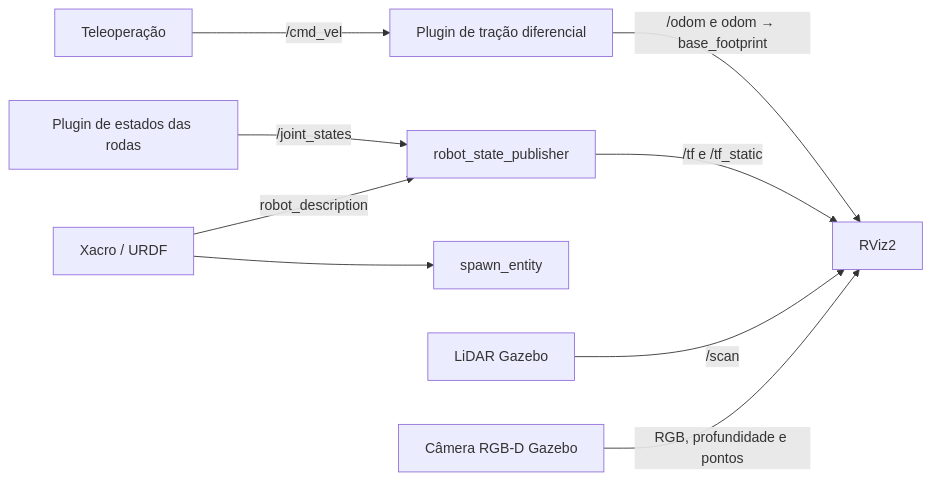
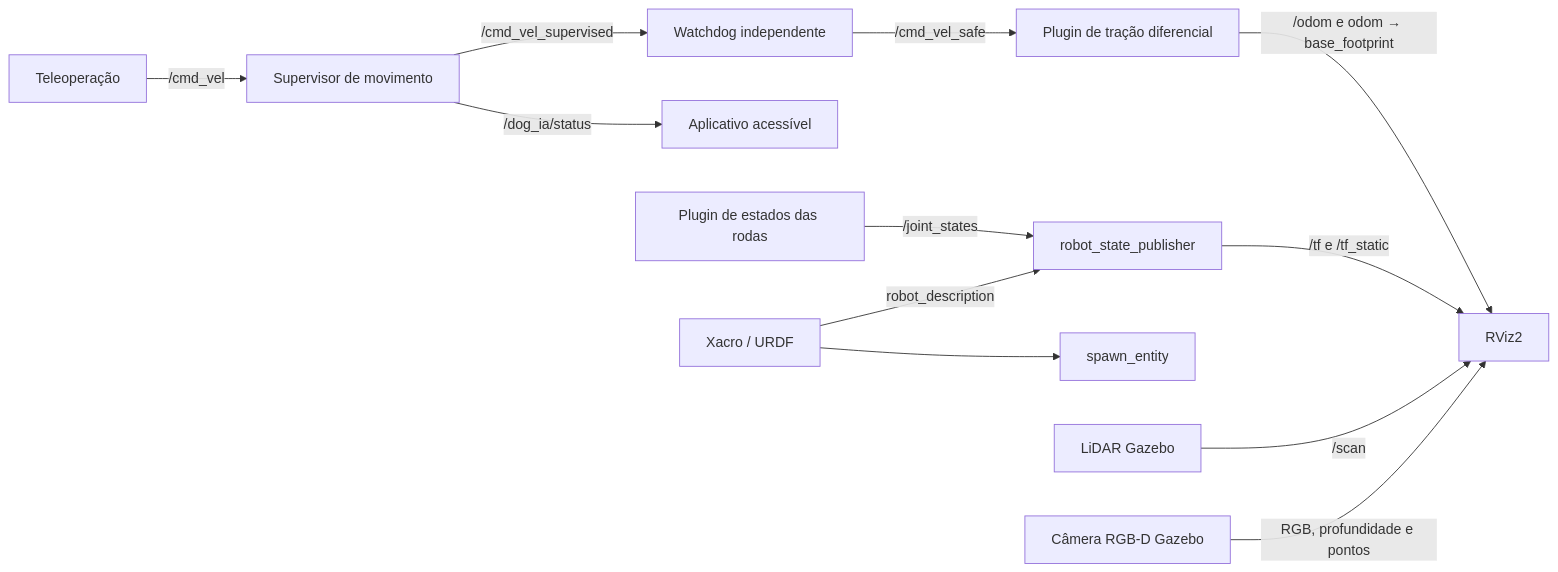
One commit to joaosiilvva1/DOG-IA-ROBO-CAO-GUIA changed the diagram in docs/modelagem_robo.md. Above: the diagram before and after it, drawn with Mermaid. The commit also changed other lines of this file and 17 other files, not shown here.

Commit message:
Adiciona aplicativo acessivel, supervisao de movimento e watchdog independente

````diff
--- a/docs/modelagem_robo.md
+++ b/docs/modelagem_robo.md
@@ -81,11 +88,14 @@
 ```mermaid
 flowchart LR
-  T[Teleoperação] -->|/cmd_vel| D[Plugin de tração diferencial]
+  T[Teleoperação] -->|/cmd_vel| G[Supervisor de movimento]
+  G -->|/cmd_vel_supervised| W[Watchdog independente]
+  W -->|/cmd_vel_safe| D[Plugin de tração diferencial]
+  G -->|/dog_ia/status| A[Aplicativo acessível]
   D -->|/odom e odom → base_footprint| R[RViz2]
   J[Plugin de estados das rodas] -->|/joint_states| P[robot_state_publisher]
   X[Xacro / URDF] -->|robot_description| P
   X --> S[spawn_entity]
   P -->|/tf e /tf_static| R
   L[LiDAR Gazebo] -->|/scan| R
   C[Câmera RGB-D Gazebo] -->|RGB, profundidade e pontos| R
 ```
````
